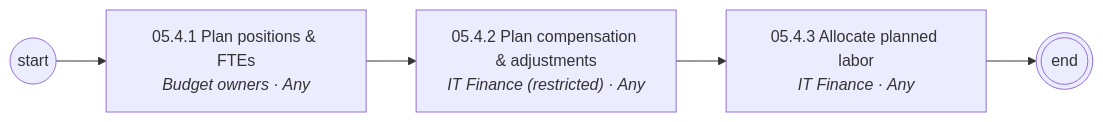
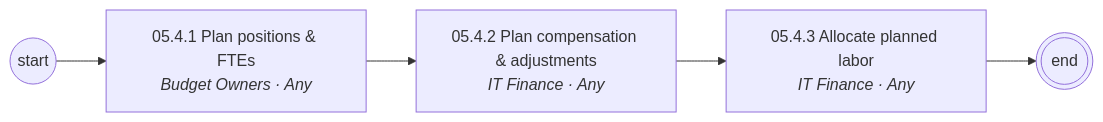
The fifth of 9 diagrams in diagrams/mermaid/area-05.md (corbyjames/apptio-process-catalog), drawn with Mermaid before and after one commit. The commit also changed other lines of this file and 251 other files, not shown here.

````diff
--- a/diagrams/mermaid/area-05.md
+++ b/diagrams/mermaid/area-05.md
@@ -77,11 +79,11 @@
 ```mermaid
 flowchart LR
   S((start))
-  N05_4_1["05.4.1 Plan positions & FTEs<br/><i>Budget owners · Any</i>"]
+  N05_4_1["05.4.1 Plan positions & FTEs<br/><i>Budget Owners · Any</i>"]
   S --> N05_4_1
-  N05_4_2["05.4.2 Plan compensation & adjustments<br/><i>IT Finance (restricted) · Any</i>"]
+  N05_4_2["05.4.2 Plan compensation & adjustments<br/><i>IT Finance · Any</i>"]
   N05_4_1 --> N05_4_2
   N05_4_3["05.4.3 Allocate planned labor<br/><i>IT Finance · Any</i>"]
   N05_4_2 --> N05_4_3
   N05_4_3 --> E(((end)))
 ```
````
